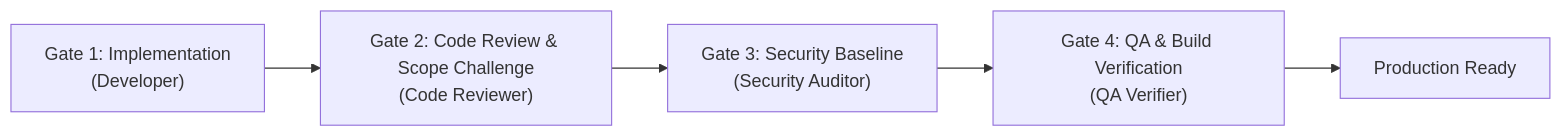
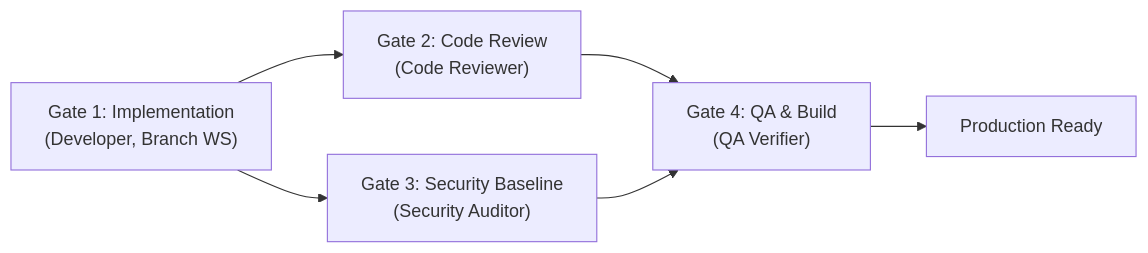
The diagram in AGENTS.md (SaharAga/Deliveree), drawn with Mermaid before and after one commit. The commit also changed other lines of this file and 4 other files, not shown here.

````diff
--- a/AGENTS.md
+++ b/AGENTS.md
@@ -44,7 +35,8 @@
 ```mermaid
 flowchart LR
-    G1["Gate 1: Implementation\n(Developer)"] --> G2["Gate 2: Code Review & Scope Challenge\n(Code Reviewer)"]
-    G2 --> G3["Gate 3: Security Baseline\n(Security Auditor)"]
-    G3 --> G4["Gate 4: QA & Build Verification\n(QA Verifier)"]
+    G1["Gate 1: Implementation\n(Developer, Branch WS)"] --> G2["Gate 2: Code Review\n(Code Reviewer)"]
+    G1 --> G3["Gate 3: Security Baseline\n(Security Auditor)"]
+    G2 --> G4["Gate 4: QA & Build\n(QA Verifier)"]
+    G3 --> G4
     G4 --> Done["Production Ready"]
 ```
````
